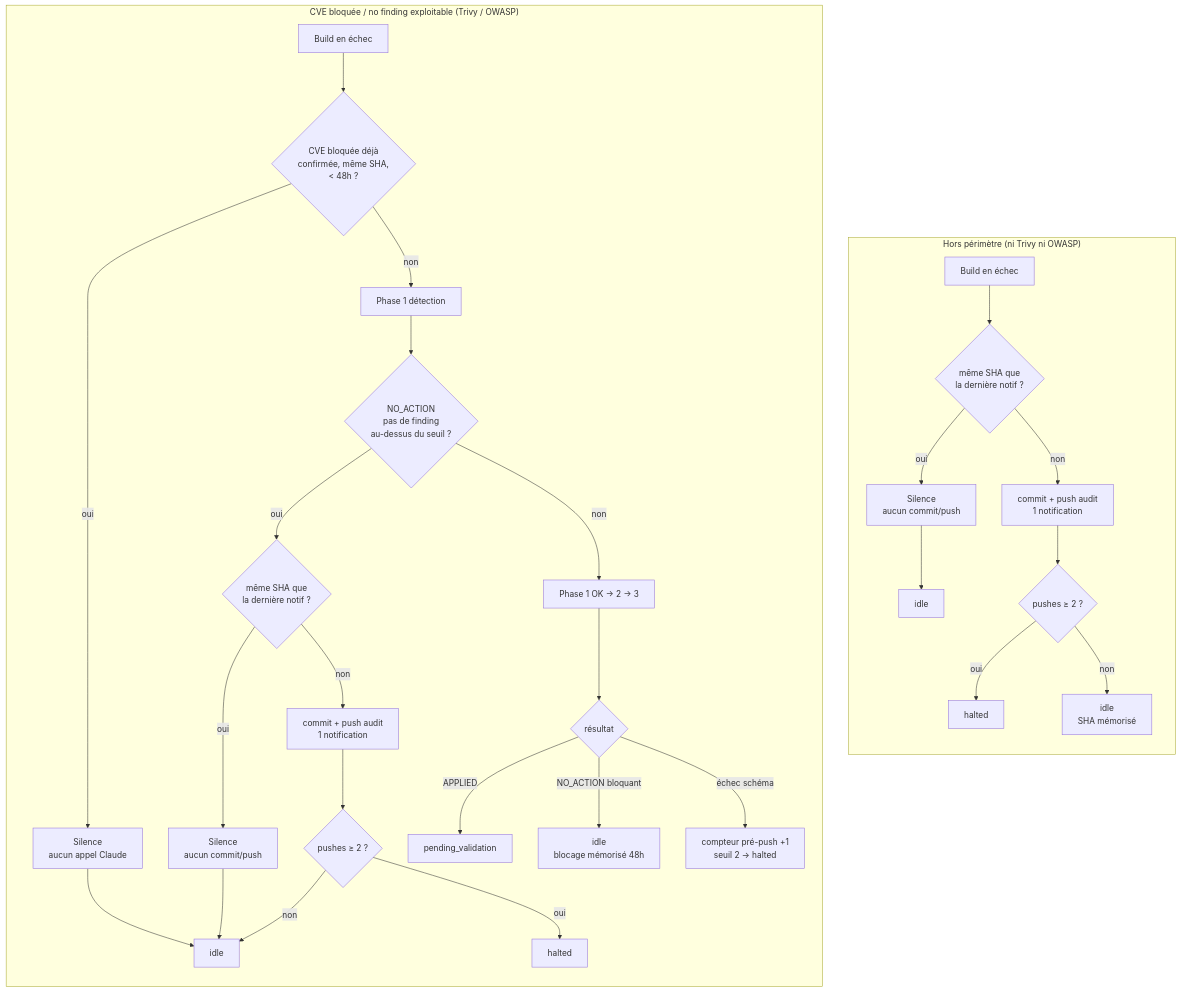
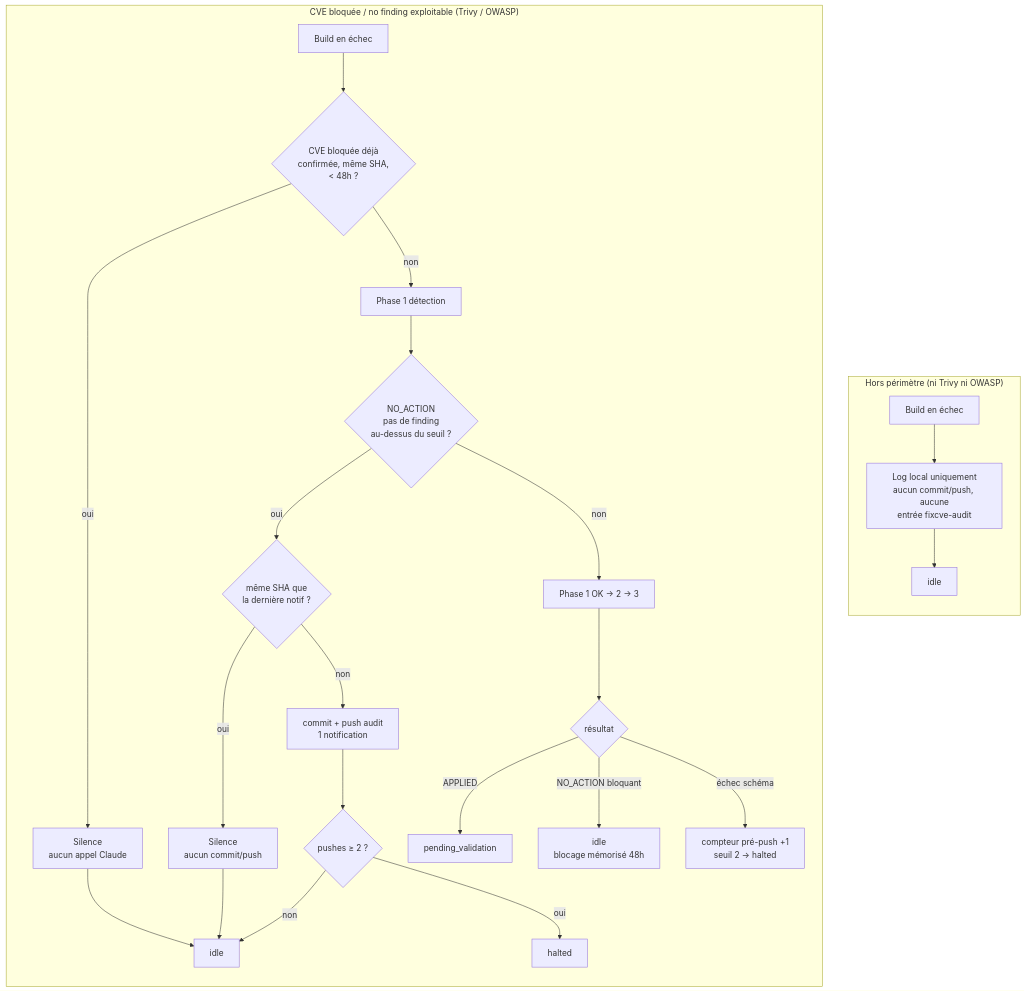
Before and after one commit to leuwen-lc/rhdemo: the second of 2 diagrams in rhDemo/docs/FIXCVE_AUTO.md, drawn with Mermaid. The commit also changed other lines of this file and 1 other file, not shown here.

First line of the commit message:
refactor(security): ne plus tracer en git les échecs hors périmètre fixcve-auto

````diff
--- a/rhDemo/docs/FIXCVE_AUTO.md
+++ b/rhDemo/docs/FIXCVE_AUTO.md
@@ -135,27 +135,23 @@
 ```mermaid
 flowchart TD
     subgraph HP["Hors périmètre (ni Trivy ni OWASP)"]
         direction TB
-        A1[Build en échec] --> A2{même SHA que\nla dernière notif ?}
-        A2 -- oui --> A3[Silence\naucun commit/push] --> A4[idle]
-        A2 -- non --> A5[commit + push audit\n1 notification] --> A6{pushes ≥ 2 ?}
-        A6 -- oui --> A7[halted]
-        A6 -- non --> A8[idle\nSHA mémorisé]
+        A1[Build en échec] --> A2[Log local uniquement\naucun commit/push, aucune\nentrée fixcve-audit] --> A3[idle]
     end
 
     subgraph CVE["CVE bloquée / no finding exploitable (Trivy / OWASP)"]
         direction TB
         B1[Build en échec] --> B2{CVE bloquée déjà\nconfirmée, même SHA,\n< 48h ?}
         B2 -- oui --> B3[Silence\naucun appel Claude] --> B4[idle]
         B2 -- non --> B5[Phase 1 détection] --> B5N1{NO_ACTION\npas de finding\nau-dessus du seuil ?}
         B5N1 -- oui --> B5N2{même SHA que\nla dernière notif ?}
         B5N2 -- oui --> B5N3[Silence\naucun commit/push] --> B4
         B5N2 -- non --> B5N4[commit + push audit\n1 notification] --> B5N5{pushes ≥ 2 ?}
         B5N5 -- oui --> B5N6[halted]
         B5N5 -- non --> B4
         B5N1 -- non --> B6[Phase 1 OK → 2 → 3] --> B7{résultat}
         B7 -- APPLIED --> B8[pending_validation]
         B7 -- "NO_ACTION bloquant" --> B9[idle\nblocage mémorisé 48h]
         B7 -- "échec schéma" --> B10[compteur pré-push +1\nseuil 2 → halted]
     end
 ```
````
